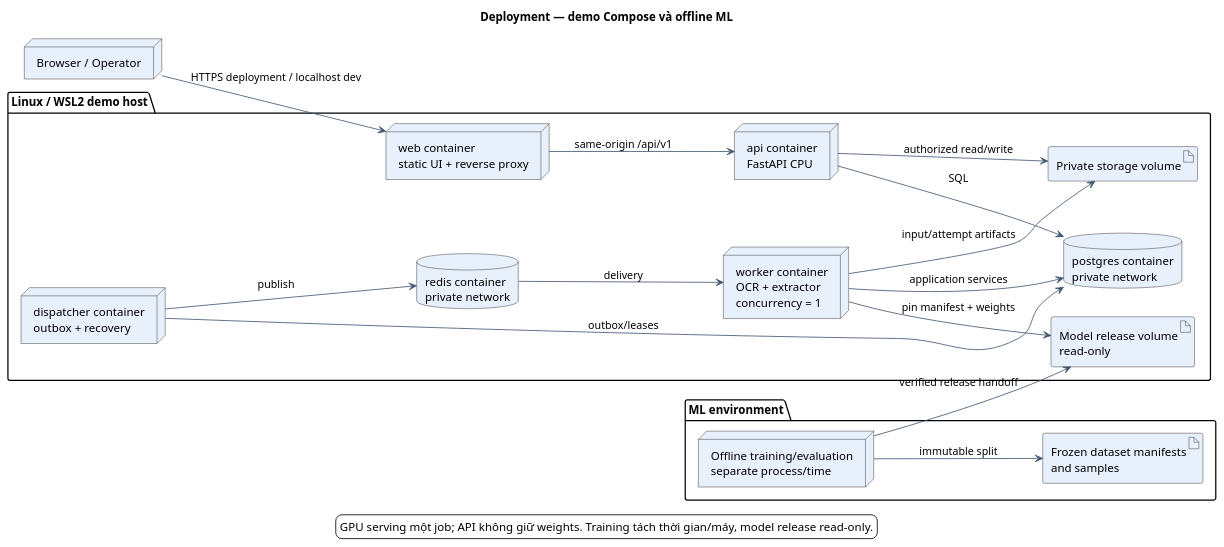
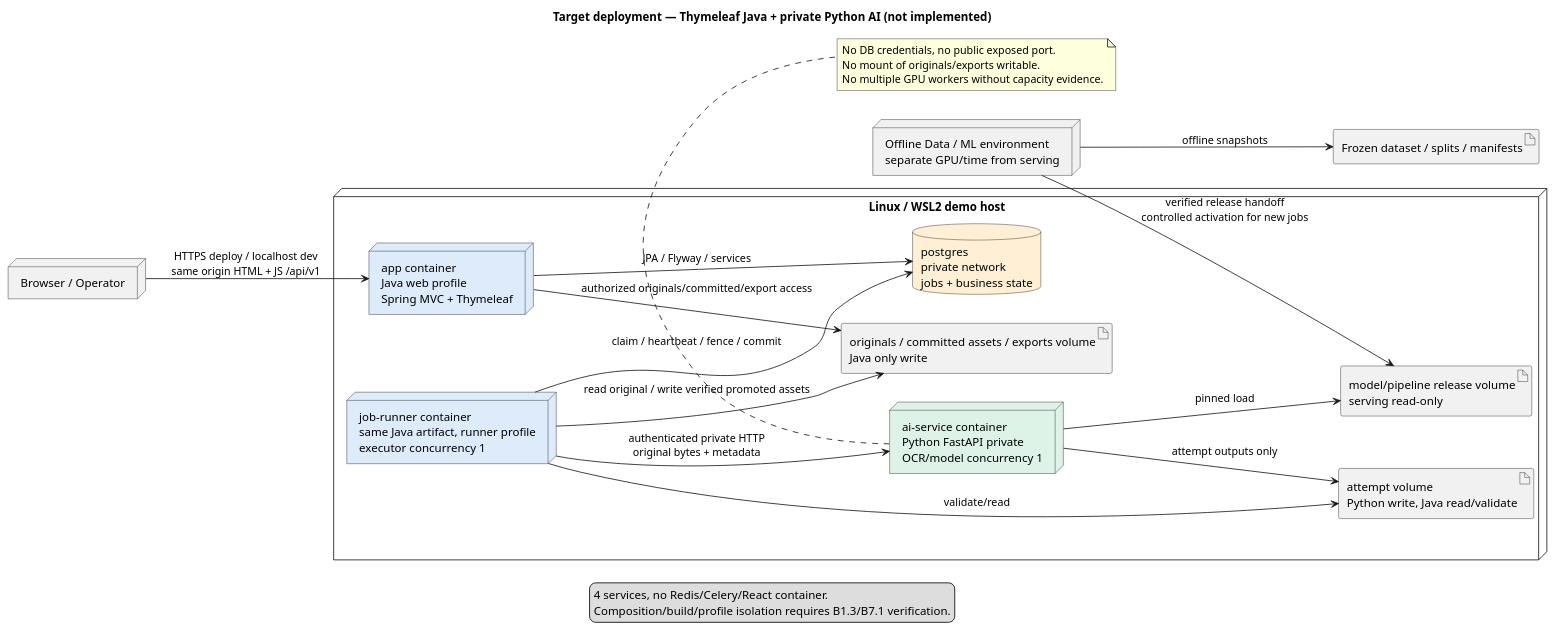
The diagram in docs/uml/09-deployment.puml (harivodich/SE2026-T08), drawn with PlantUML before and after one commit. The commit also changed 107 other files, not shown here.

Commit message:
docs: redesign VietDoc for Java backend and Python AI

```diff
--- a/docs/uml/09-deployment.puml
+++ b/docs/uml/09-deployment.puml
@@ -1,38 +1,38 @@
 @startuml
-title Deployment — demo Compose và offline ML
+title Target deployment — Thymeleaf Java + private Python AI (not implemented)
 skinparam defaultFontName Arial
 skinparam shadowing false
-skinparam backgroundColor #FFFFFF
-skinparam ArrowColor #405670
 left to right direction
-node "Browser / Operator" as browser #E8F0FC
-package "Linux / WSL2 demo host" {
-node "web container\nstatic UI + reverse proxy" as web #E8F0FC
-node "api container\nFastAPI CPU" as api #E8F0FC
-node "dispatcher container\noutbox + recovery" as dispatch #E8F0FC
-node "worker container\nOCR + extractor\nconcurrency = 1" as worker #E8F0FC
-database "postgres container\nprivate network" as pg #E8F0FC
-database "redis container\nprivate network" as redis #E8F0FC
-artifact "Private storage volume" as storage #E8F0FC
-artifact "Model release volume\nread-only" as models #E8F0FC
+node "Browser / Operator" as browser
+node "Linux / WSL2 demo host" {
+ node "app container\nJava web profile\nSpring MVC + Thymeleaf" as web #DDEBFA
+ node "job-runner container\nsame Java artifact, runner profile\nexecutor concurrency 1" as runner #DDEBFA
+ node "ai-service container\nPython FastAPI private\nOCR/model concurrency 1" as ai #DDF3E8
+ database "postgres\nprivate network\njobs + business state" as db #FFF0D5
+ artifact "originals / committed assets / exports volume\nJava only write" as originals
+ artifact "attempt volume\nPython write, Java read/validate" as attempts
+ artifact "model/pipeline release volume\nserving read-only" as models
 }
-package "ML environment" {
-node "Offline training/evaluation\nseparate process/time" as train #E8F0FC
-artifact "Frozen dataset manifests\nand samples" as data #E8F0FC
-}
-browser --> web : HTTPS deployment / localhost dev
-web --> api : same-origin /api/v1
-api --> pg : SQL
-dispatch --> pg : outbox/leases
-dispatch --> redis : publish
-redis --> worker : delivery
-worker --> pg : application services
-api --> storage : authorized read/write
-worker --> storage : input/attempt artifacts
-worker --> models : pin manifest + weights
-train --> data : immutable split
-train --> models : verified release handoff
+node "Offline Data / ML environment\nseparate GPU/time from serving" as train
+artifact "Frozen dataset / splits / manifests" as data
+browser --> web : HTTPS deploy / localhost dev\nsame origin HTML + JS /api/v1
+web --> db : JPA / Flyway / services
+runner --> db : claim / heartbeat / fence / commit
+runner --> ai : authenticated private HTTP\noriginal bytes + metadata
+web --> originals : authorized originals/committed/export access
+runner --> originals : read original / write verified promoted assets
+ai --> attempts : attempt outputs only
+runner --> attempts : validate/read
+ai --> models : pinned load
+train --> data : offline snapshots
+train --> models : verified release handoff\ncontrolled activation for new jobs
+note bottom of ai
+No DB credentials, no public exposed port.
+No mount of originals/exports writable.
+No multiple GPU workers without capacity evidence.
+end note
 legend bottom
-GPU serving một job; API không giữ weights. Training tách thời gian/máy, model release read-only.
+4 services, no Redis/Celery/React container.
+Composition/build/profile isolation requires B1.3/B7.1 verification.
 endlegend
 @enduml
```
